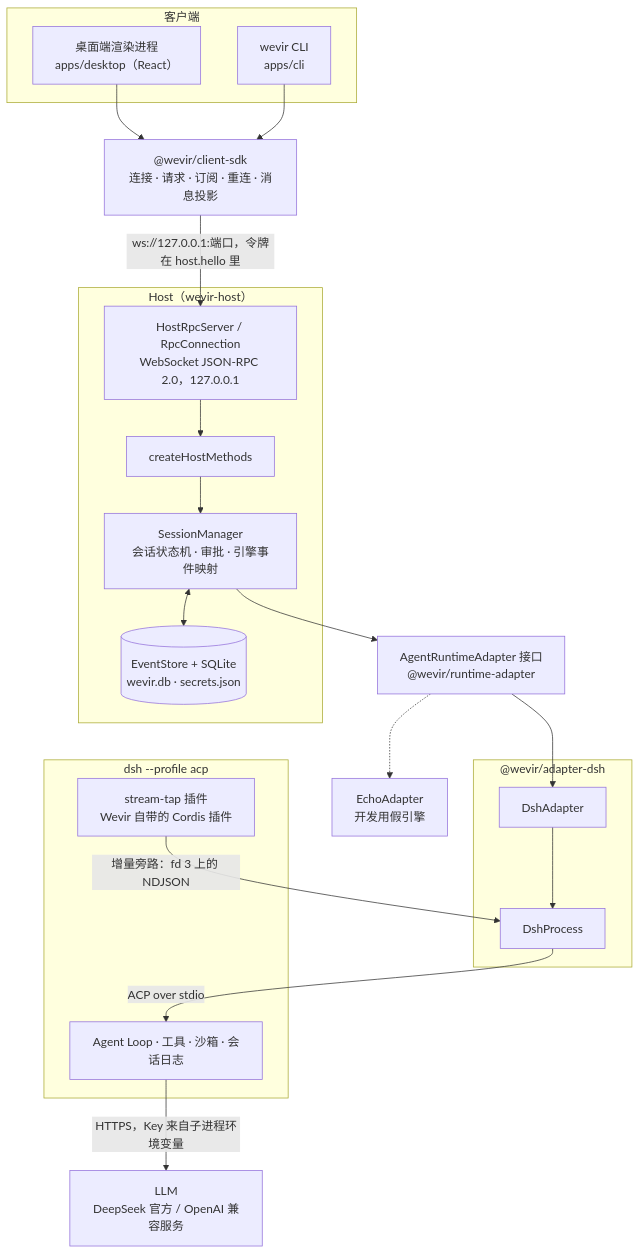
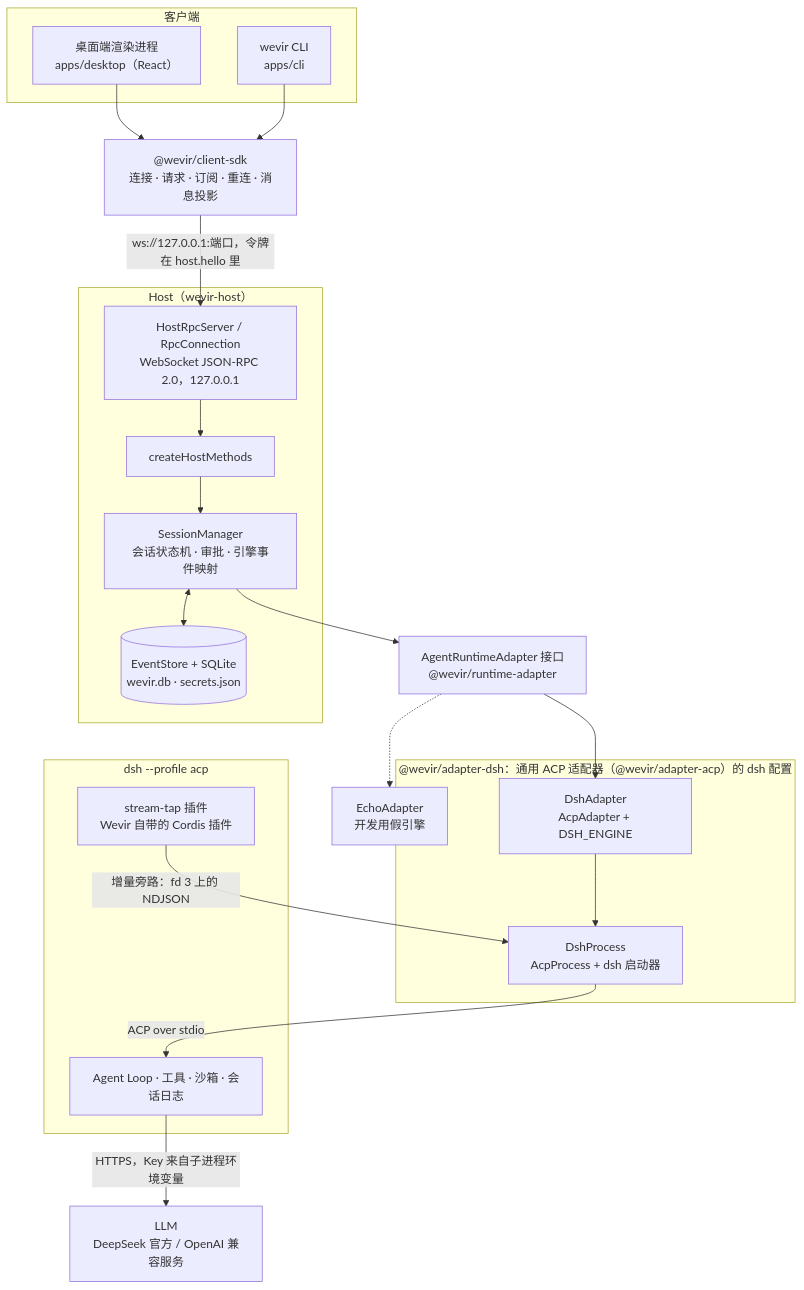
The first of 2 diagrams in docs/architecture/overview.md (marvinli001/wevir), drawn with Mermaid before and after one commit. The commit also changed other lines of this file and 42 other files, not shown here.

Commit message:
R7: extract the generic ACP adapter into packages/adapter-acp and make adapter-dsh its dsh engine description plus dsh-only parts, with no change in dsh behaviour

````diff
--- a/docs/architecture/overview.md
+++ b/docs/architecture/overview.md
@@ -12,37 +12,37 @@
 ```mermaid
 flowchart TB
   subgraph clients["客户端"]
     desktop["桌面端渲染进程<br/>apps/desktop（React）"]
     cli["wevir CLI<br/>apps/cli"]
   end
   sdk["@wevir/client-sdk<br/>连接 · 请求 · 订阅 · 重连 · 消息投影"]
   subgraph host["Host（wevir-host）"]
     rpc["HostRpcServer / RpcConnection<br/>WebSocket JSON-RPC 2.0，127.0.0.1"]
     methods["createHostMethods"]
     sm["SessionManager<br/>会话状态机 · 审批 · 引擎事件映射"]
     store[("EventStore + SQLite<br/>wevir.db · secrets.json")]
   end
   port["AgentRuntimeAdapter 接口<br/>@wevir/runtime-adapter"]
   echo["EchoAdapter<br/>开发用假引擎"]
-  subgraph adapter["@wevir/adapter-dsh"]
-    da["DshAdapter"]
-    dp["DshProcess"]
+  subgraph adapter["@wevir/adapter-dsh：通用 ACP 适配器（@wevir/adapter-acp）的 dsh 配置"]
+    da["DshAdapter<br/>AcpAdapter + DSH_ENGINE"]
+    dp["DshProcess<br/>AcpProcess + dsh 启动器"]
   end
   subgraph dsh["dsh --profile acp"]
     loop["Agent Loop · 工具 · 沙箱 · 会话日志"]
     tap["stream-tap 插件<br/>Wevir 自带的 Cordis 插件"]
   end
   llm["LLM<br/>DeepSeek 官方 / OpenAI 兼容服务"]
 
   desktop --> sdk
   cli --> sdk
   sdk -- "ws://127.0.0.1:端口，令牌在 host.hello 里" --> rpc
   rpc --> methods --> sm
   sm <--> store
   sm --> port
   port -.-> echo
   port --> da --> dp
   dp -- "ACP over stdio" --> loop
   tap -- "增量旁路：fd 3 上的 NDJSON" --> dp
   loop -- "HTTPS，Key 来自子进程环境变量" --> llm
 ```
````
